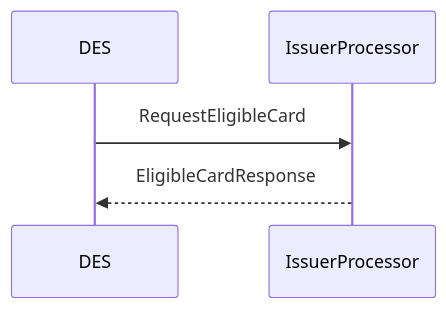
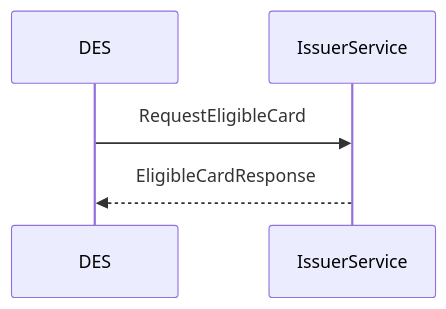
The first of 3 diagrams in docs/enrolment_epayment.md (BankAxept/bankaxept-des-external-documentation), drawn with Mermaid before and after one commit. The commit also changed other lines of this file and 4 other files, not shown here.

````diff
--- a/docs/enrolment_epayment.md
+++ b/docs/enrolment_epayment.md
@@ -27,8 +27,8 @@
 ```mermaid
 
 sequenceDiagram
     participant DES
-    participant IssuerProcessor
-    DES ->> IssuerProcessor: RequestEligibleCard
-    IssuerProcessor -->> DES: EligibleCardResponse
+    participant IssuerService
+    DES ->> IssuerService: RequestEligibleCard
+    IssuerService -->> DES: EligibleCardResponse
 ```
````
